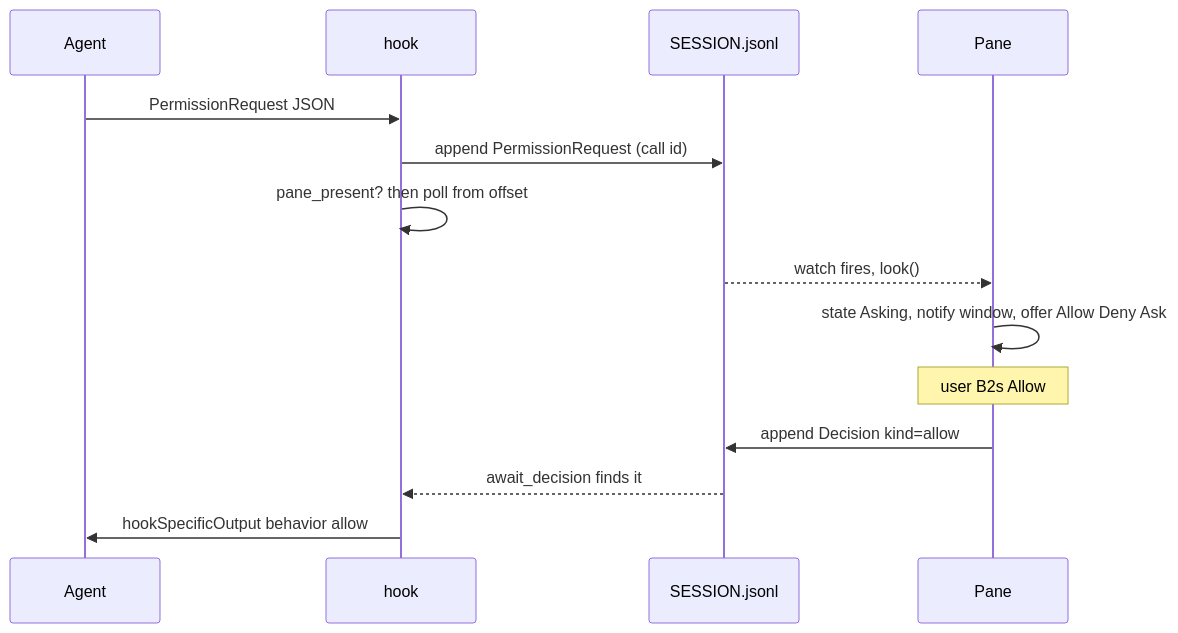
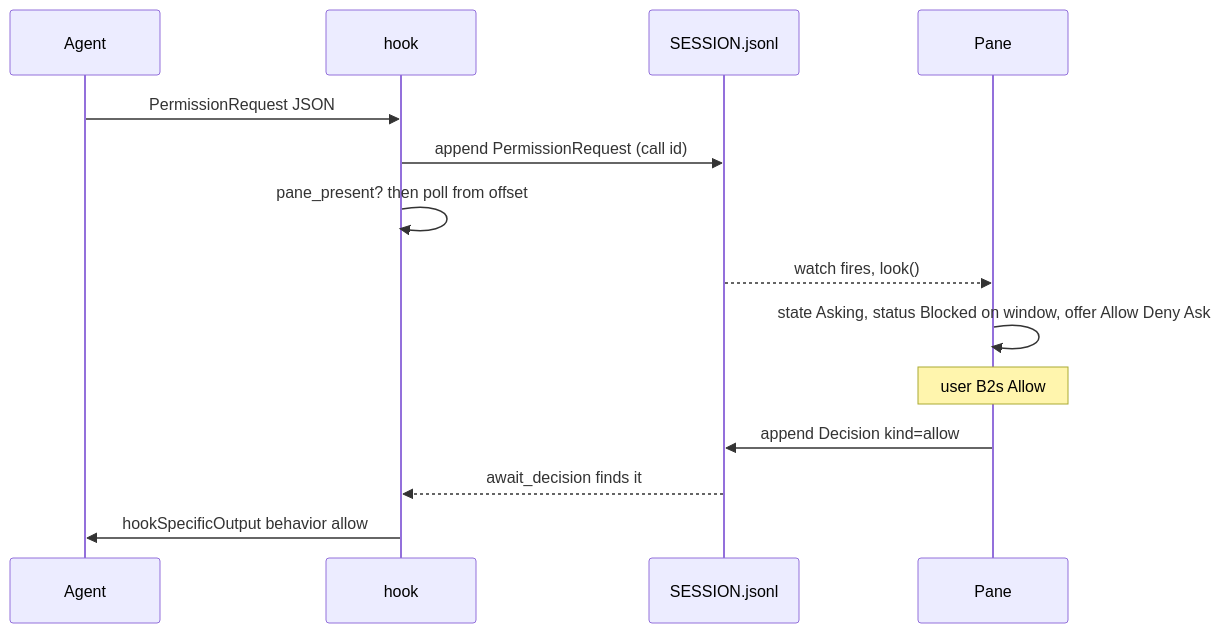
The third of 3 diagrams in docs/wiki/agent-tools.md (mariusae/apex), drawn with Mermaid before and after one commit. The commit also changed other lines of this file and 137 other files, not shown here.

````diff
--- a/docs/wiki/agent-tools.md
+++ b/docs/wiki/agent-tools.md
@@ -236,16 +257,16 @@
 ```mermaid
 sequenceDiagram
     participant Ag as Agent
     participant Hk as hook
     participant Log as SESSION.jsonl
     participant Pn as Pane
     Ag->>Hk: PermissionRequest JSON
     Hk->>Log: append PermissionRequest (call id)
     Hk->>Hk: pane_present? then poll from offset
     Log-->>Pn: watch fires, look()
-    Pn->>Pn: state Asking, notify window, offer Allow Deny Ask
+    Pn->>Pn: state Asking, status Blocked on window, offer Allow Deny Ask
     Note over Pn: user B2s Allow
     Pn->>Log: append Decision kind=allow
     Log-->>Hk: await_decision finds it
     Hk->>Ag: hookSpecificOutput behavior allow
 ```
````
